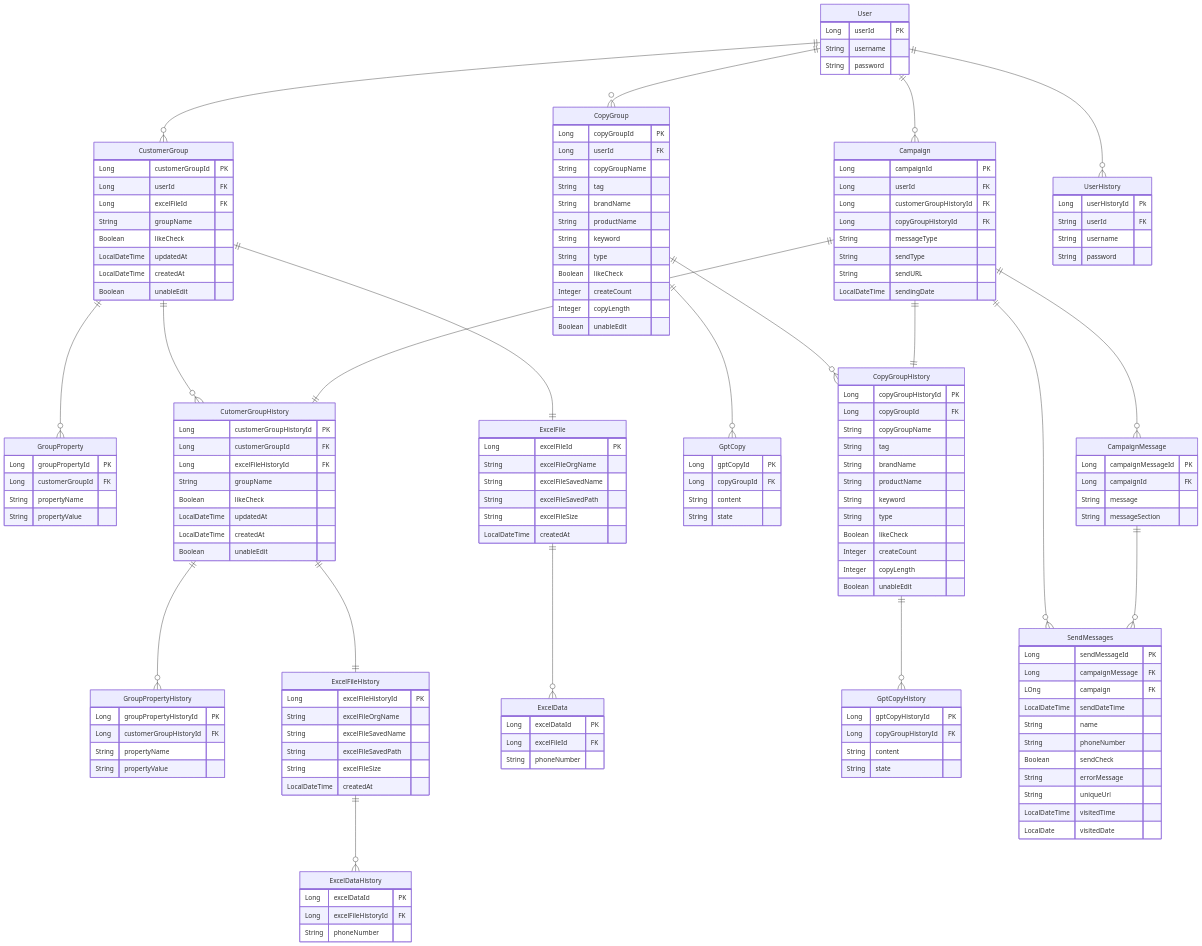
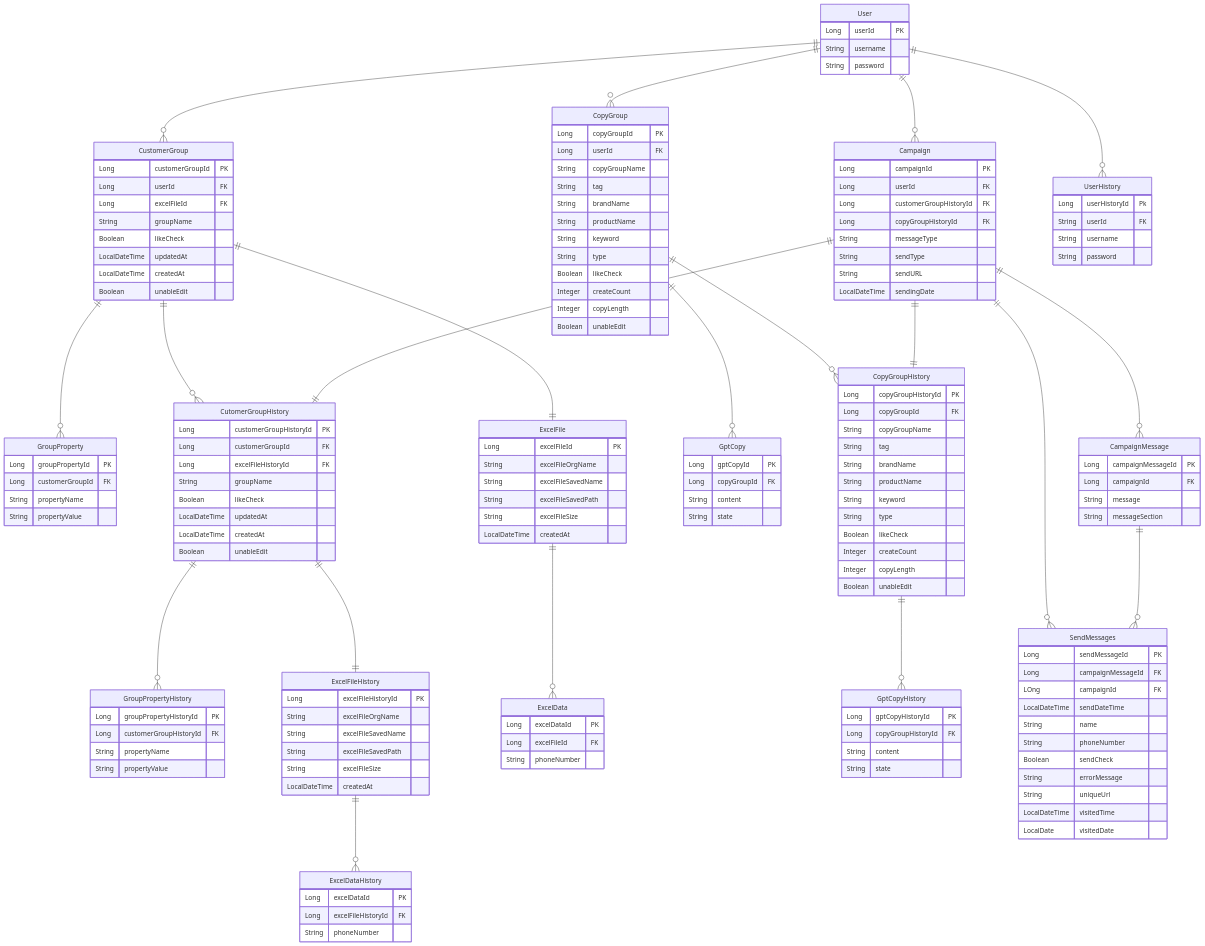
One commit to swcamp-teamP03/Backend changed the diagram in README.md. Above: the diagram before and after it, drawn with Mermaid.

```diff
--- a/README.md
+++ b/README.md
@@ -233,8 +233,8 @@
 	}
 	SendMessages {
 		Long sendMessageId PK
-		Long campaignMessage FK
-		LOng campaign FK
+		Long campaignMessageId FK
+		LOng campaignId FK
     LocalDateTime sendDateTime
 		String name
 	  String phoneNumber
```
